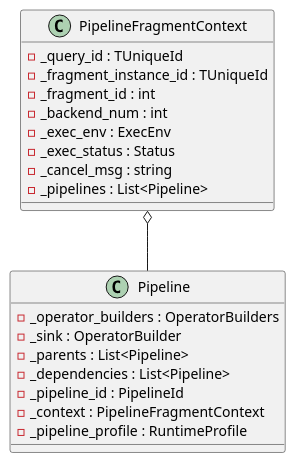
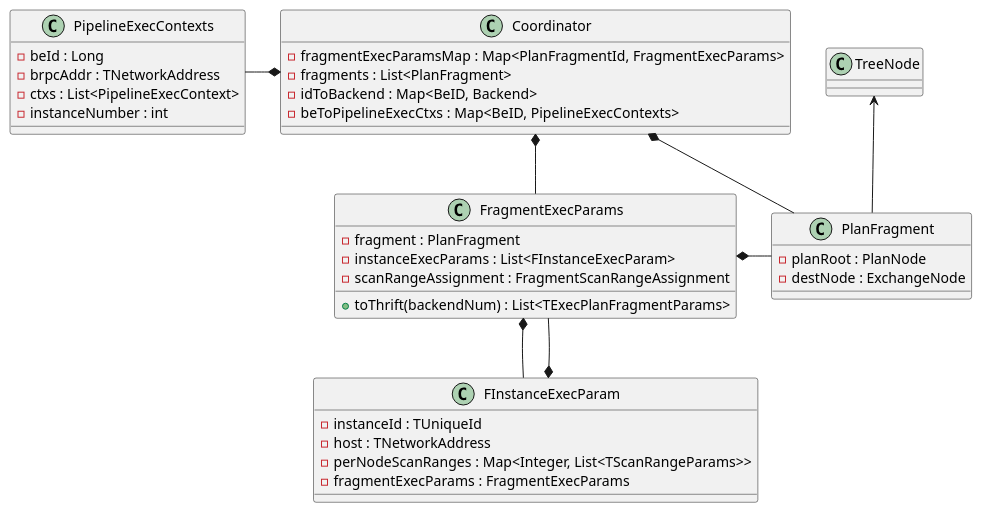
Before and after one commit to zhiqiang-hhhh/zhiqiang-hhhh.github.io: the diagram in pre_post/Doris/pipeline_fe.md, drawn with PlantUML. The commit also changed other lines of this file and 2 other files, not shown here.

Commit message:
planner & pipeline

````diff
--- a/pre_post/Doris/pipeline_fe.md
+++ b/pre_post/Doris/pipeline_fe.md
@@ -107,24 +10,47 @@
 ```plantuml
-class PipelineFragmentContext {
-    - _query_id : TUniqueId
-    - _fragment_instance_id : TUniqueId
-    - _fragment_id : int
-    - _backend_num : int
-    - _exec_env : ExecEnv
-    - _exec_status : Status
-    - _cancel_msg : string
-    - _pipelines : List<Pipeline>
+@startuml
+TreeNode <-- PlanFragment 
+
+Coordinator *-- FragmentExecParams
+Coordinator *-right- PlanFragment
+Coordinator *-left- PipelineExecContexts
+FragmentExecParams *-right- PlanFragment
+FragmentExecParams *-down- FInstanceExecParam
+FInstanceExecParam *-up- FragmentExecParams
+
+
+class Coordinator {
+    - fragmentExecParamsMap : Map<PlanFragmentId, FragmentExecParams> 
+    - fragments : List<PlanFragment>
+    - idToBackend : Map<BeID, Backend>
+    - beToPipelineExecCtxs : Map<BeID, PipelineExecContexts>
 }
 
-PipelineFragmentContext o-- Pipeline
 
-class Pipeline {
-    - _operator_builders : OperatorBuilders
-    - _sink : OperatorBuilder
-    - _parents : List<Pipeline>
-    - _dependencies : List<Pipeline>
-    - _pipeline_id : PipelineId
-    - _context : PipelineFragmentContext
-    - _pipeline_profile : RuntimeProfile
+class FragmentExecParams {
+    - fragment : PlanFragment
+    - instanceExecParams : List<FInstanceExecParam>
+    - scanRangeAssignment : FragmentScanRangeAssignment
+    + toThrift(backendNum) : List<TExecPlanFragmentParams>
 }
+
+class FInstanceExecParam {
+    - instanceId : TUniqueId
+    - host : TNetworkAddress
+    - perNodeScanRanges : Map<Integer, List<TScanRangeParams>>
+    - fragmentExecParams : FragmentExecParams
+}
+
+class PipelineExecContexts {
+    - beId : Long
+    - brpcAddr : TNetworkAddress
+    - ctxs : List<PipelineExecContext>
+    - instanceNumber : int
+}
+
+class PlanFragment {
+    - planRoot : PlanNode
+    - destNode : ExchangeNode
+}
+@enduml
 ```
````
